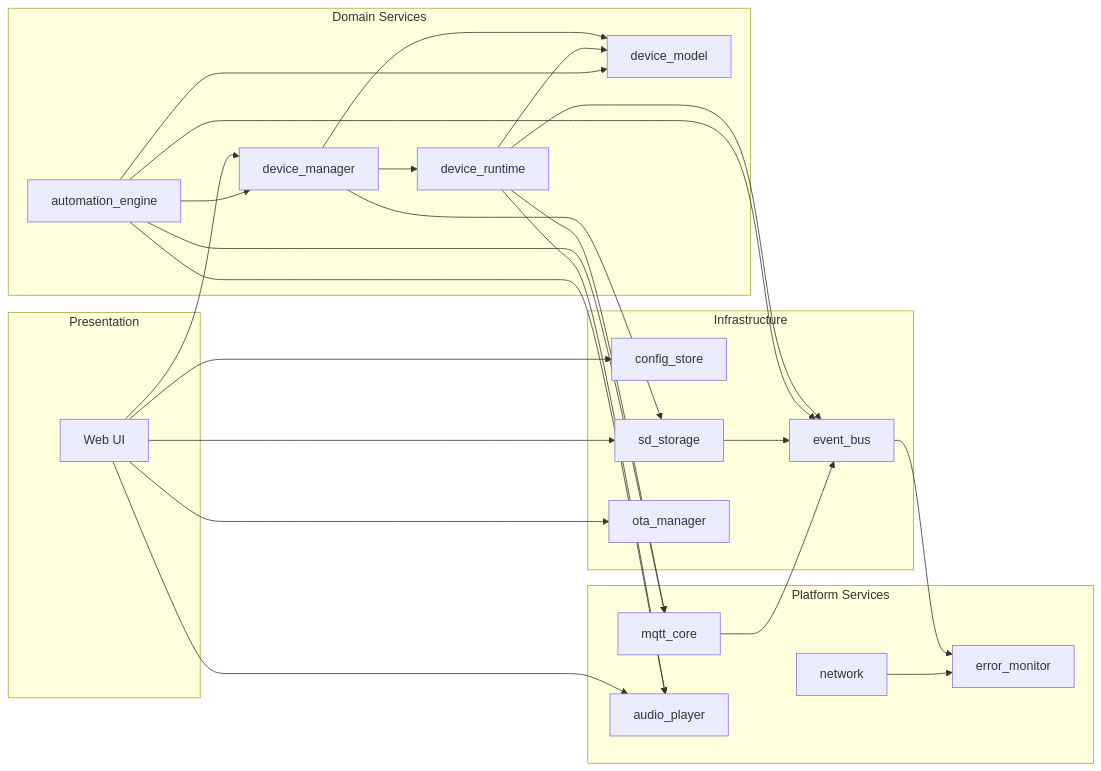
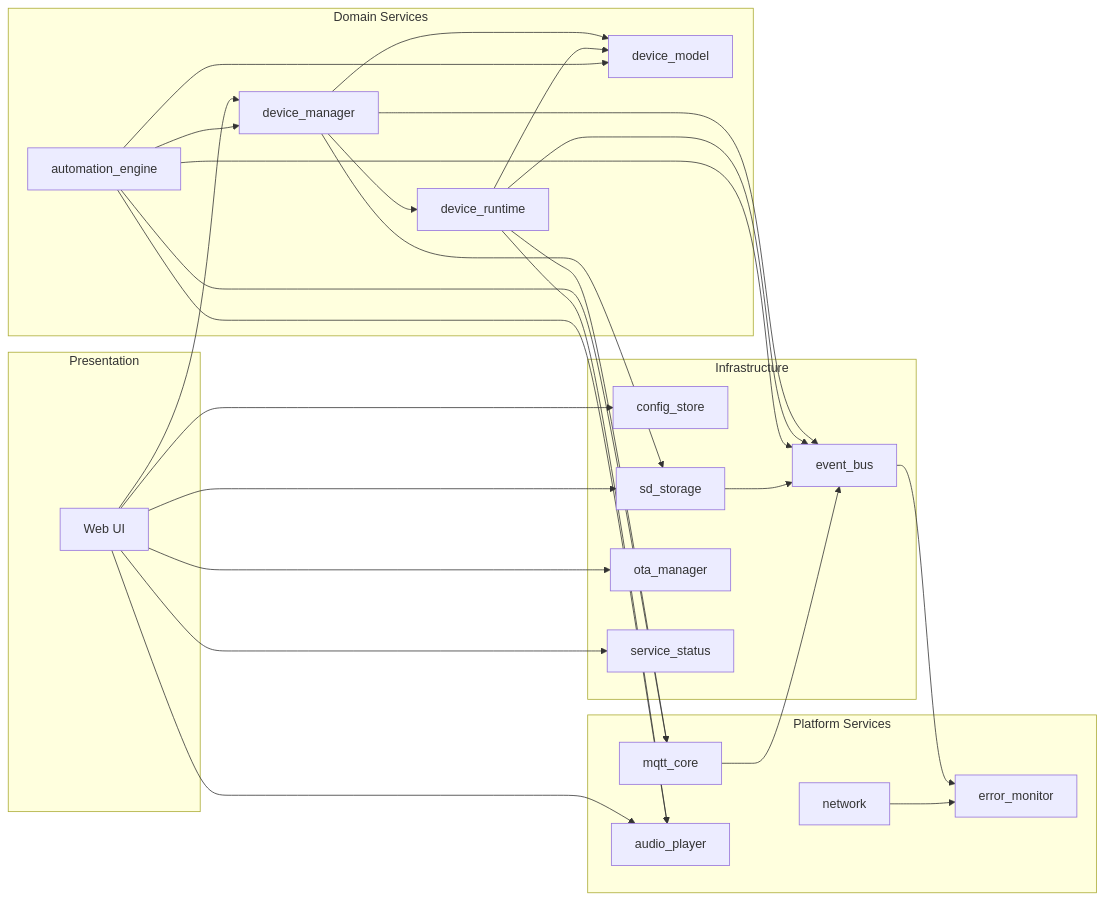
Before and after one commit to racalcity-maker/broker_esp32s3: the diagram in docs/ARCHITECTURE.md, drawn with Mermaid. The commit also changed other lines of this file and 211 other files, not shown here.

````diff
--- a/docs/ARCHITECTURE.md
+++ b/docs/ARCHITECTURE.md
@@ -75,53 +76,56 @@
 ```mermaid
 flowchart LR
     subgraph UI[Presentation]
         WEB[Web UI]
     end
 
     subgraph Infra[Infrastructure]
         NVS[config_store]
         BUS[event_bus]
         SD[sd_storage]
         OTA[ota_manager]
+        SVC[service_status]
     end
 
     subgraph Domain[Domain Services]
         DM[device_manager]
         DR[device_runtime]
         AE[automation_engine]
         MODEL[device_model]
     end
 
     subgraph Platform[Platform Services]
         NET[network]
         MQTT[mqtt_core]
         AUDIO[audio_player]
         ERR[error_monitor]
     end
 
     WEB --> DM
     WEB --> NVS
     WEB --> AUDIO
     WEB --> OTA
     WEB --> SD
+    WEB --> SVC
 
     DM --> SD
     DM --> DR
     DM --> MODEL
+    DM --> BUS
 
     DR --> MODEL
     DR --> MQTT
     DR --> AUDIO
     DR --> BUS
 
     AE --> DM
     AE --> MODEL
     AE --> MQTT
     AE --> AUDIO
     AE --> BUS
 
     MQTT --> BUS
     SD --> BUS
     BUS --> ERR
     NET --> ERR
 ```
````
